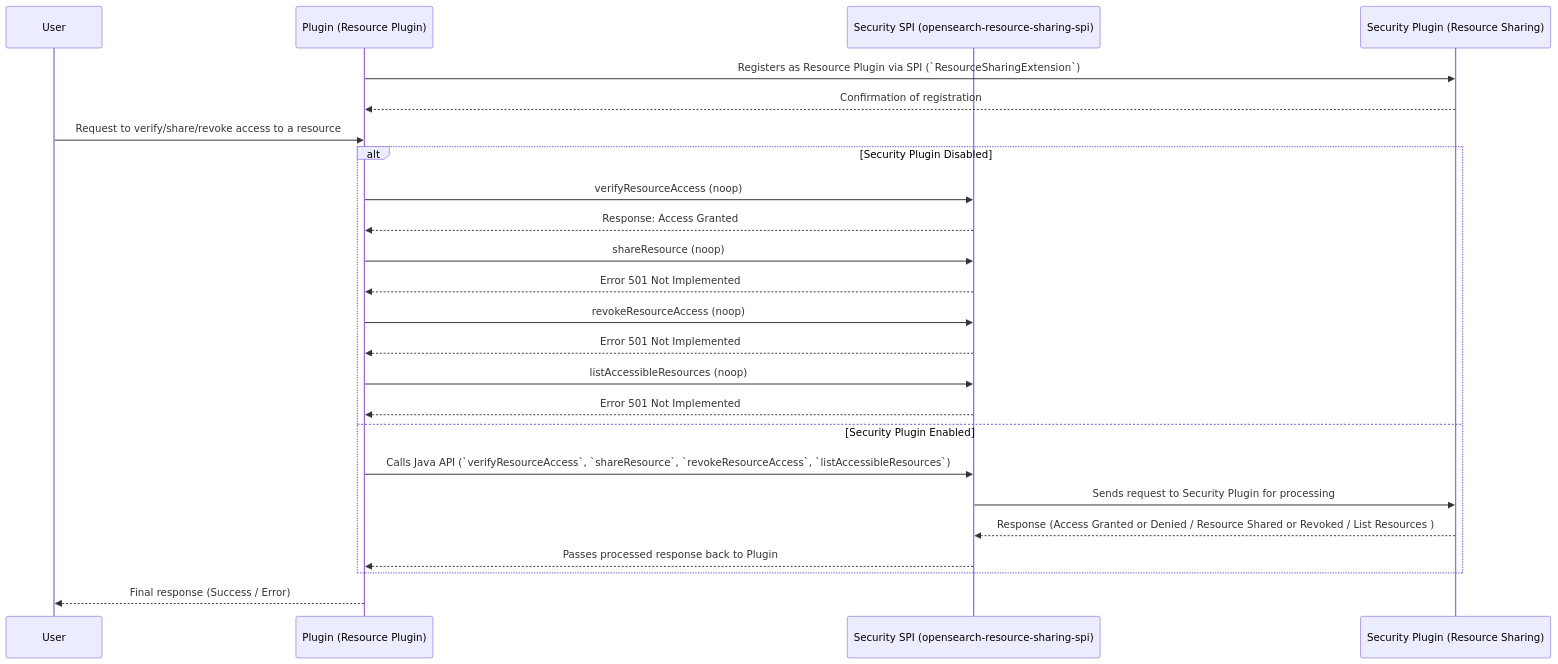
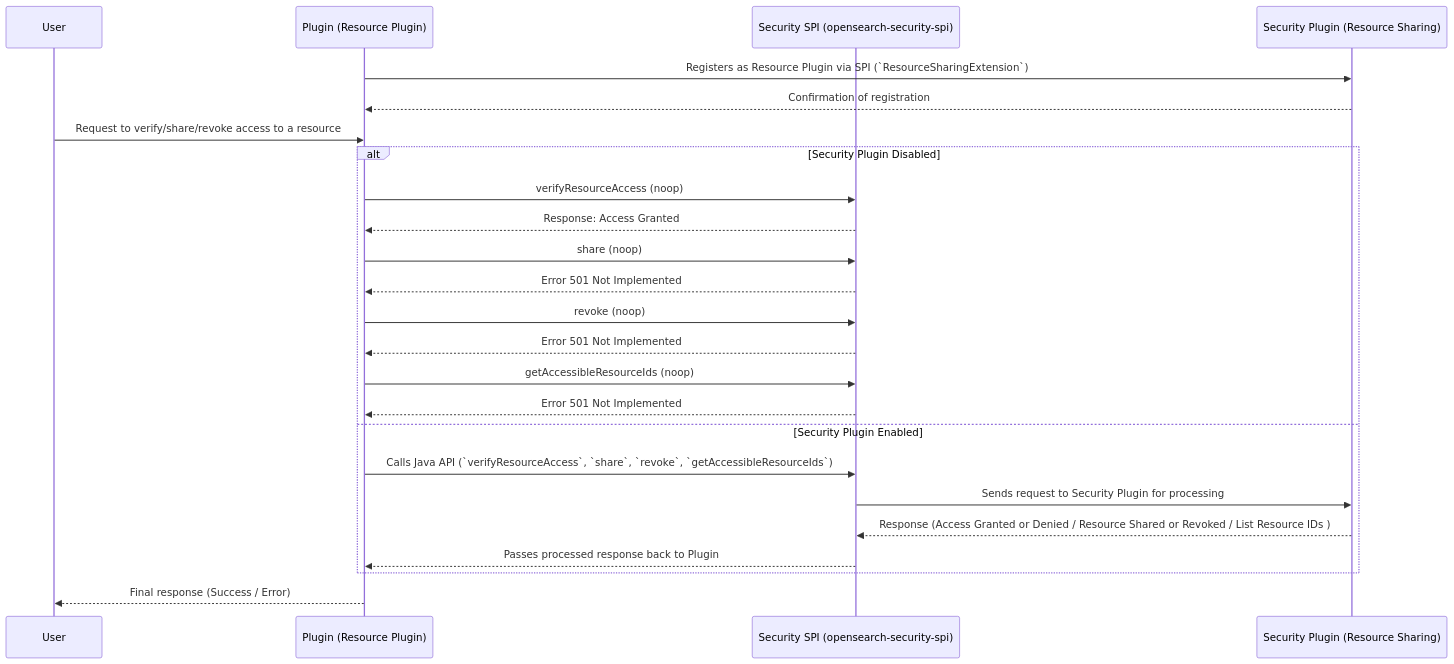
One commit to opensearch-project/security changed the diagram in spi/README.md. Above: the diagram before and after it, drawn with Mermaid. The commit also changed other lines of this file and 23 other files, not shown here.

Commit message:
Changes SPI scope to compileOnly by removing ShareableResource and parser class

````diff
--- a/spi/README.md
+++ b/spi/README.md
@@ -322,46 +319,46 @@
 ```mermaid
 sequenceDiagram
     participant User as User
     participant Plugin as Plugin (Resource Plugin)
-    participant SPI as Security SPI (opensearch-resource-sharing-spi)
+    participant SPI as Security SPI (opensearch-security-spi)
     participant Security as Security Plugin (Resource Sharing)
 
     %% Step 1: Plugin registers itself as a Resource Plugin
     Plugin ->> Security: Registers as Resource Plugin via SPI (`ResourceSharingExtension`)
     Security -->> Plugin: Confirmation of registration
 
     %% Step 2: User interacts with Plugin API
     User ->> Plugin: Request to verify/share/revoke access to a resource
 
     %% Alternative flow based on Security Plugin status
     alt Security Plugin Disabled
     %% For verify: access is always granted
       Plugin ->> SPI: verifyResourceAccess (noop)
       SPI -->> Plugin: Response: Access Granted
 
     %% For share, revoke, and list: return 501 Not Implemented
-      Plugin ->> SPI: shareResource (noop)
+      Plugin ->> SPI: share (noop)
       SPI -->> Plugin: Error 501 Not Implemented
 
-      Plugin ->> SPI: revokeResourceAccess (noop)
+      Plugin ->> SPI: revoke (noop)
       SPI -->> Plugin: Error 501 Not Implemented
 
-      Plugin ->> SPI: listAccessibleResources (noop)
+      Plugin ->> SPI: getAccessibleResourceIds (noop)
       SPI -->> Plugin: Error 501 Not Implemented
     else Security Plugin Enabled
     %% Step 3: Plugin calls Java APIs declared by ResourceSharingClient
-      Plugin ->> SPI: Calls Java API (`verifyResourceAccess`, `shareResource`, `revokeResourceAccess`, `listAccessibleResources`)
+      Plugin ->> SPI: Calls Java API (`verifyResourceAccess`, `share`, `revoke`, `getAccessibleResourceIds`)
 
     %% Step 4: Request is sent to Security Plugin
       SPI ->> Security: Sends request to Security Plugin for processing
 
     %% Step 5: Security Plugin handles request and returns response
-      Security -->> SPI: Response (Access Granted or Denied / Resource Shared or Revoked / List Resources )
+      Security -->> SPI: Response (Access Granted or Denied / Resource Shared or Revoked / List Resource IDs )
 
     %% Step 6: Security SPI sends response back to Plugin
       SPI -->> Plugin: Passes processed response back to Plugin
     end
 
     %% Step 7: Plugin processes response and sends final response to User
     Plugin -->> User: Final response (Success / Error)
 ```
````
